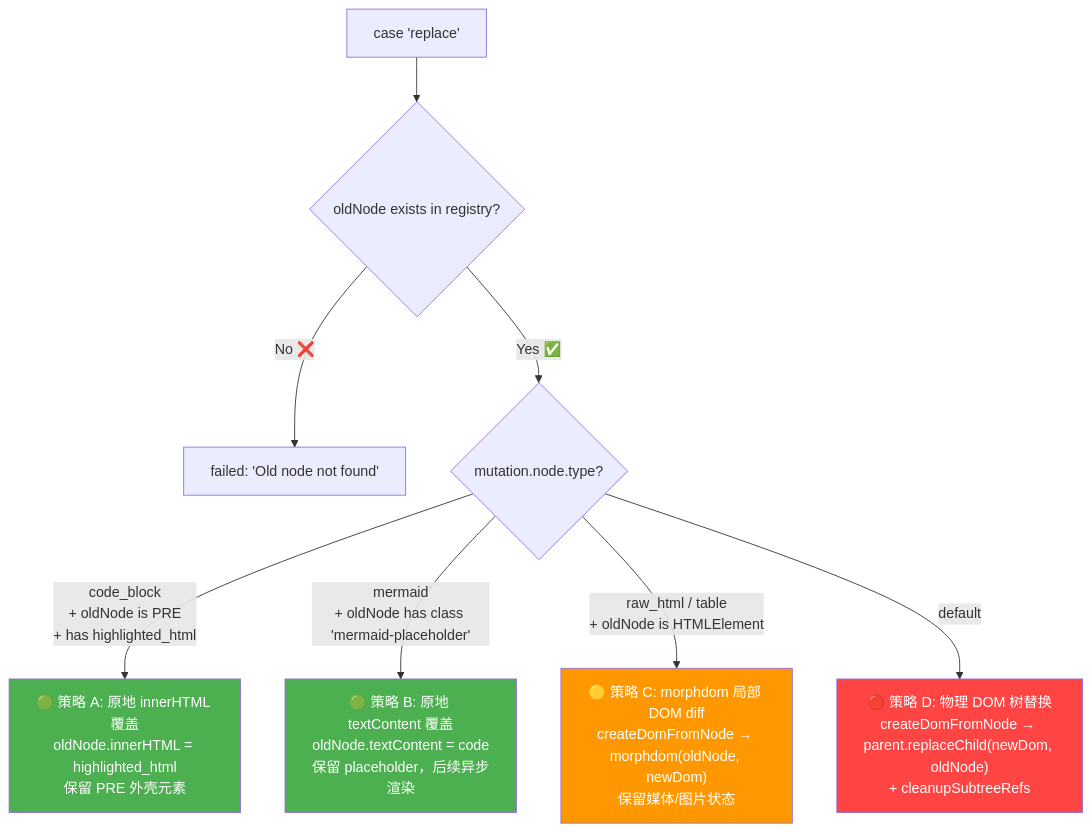
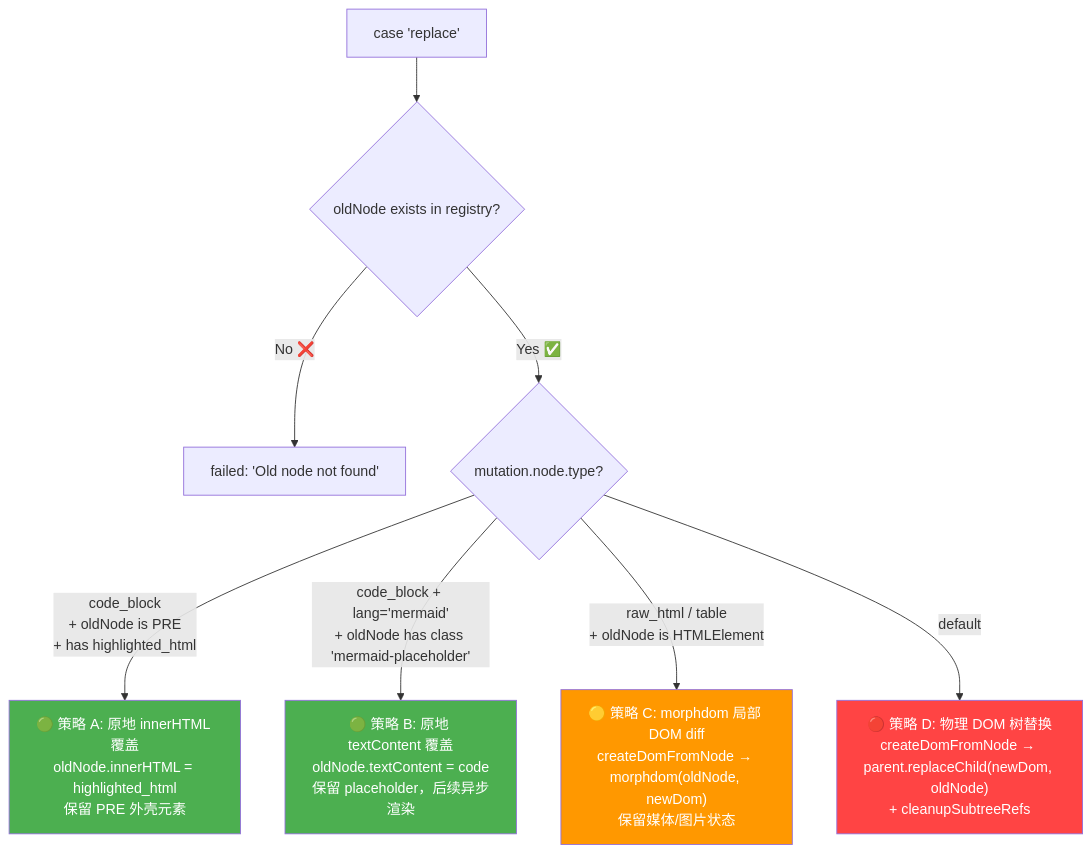
One commit to MRiecy/VCPMobile changed the fourth of 4 diagrams in docs/modules/ast-diff/04_前端AstExecutor_DOM外科引擎.md. Above: the diagram before and after it, drawn with Mermaid. The commit also changed other lines of this file and 18 other files, not shown here.

````diff
--- a/docs/modules/ast-diff/04_前端AstExecutor_DOM外科引擎.md
+++ b/docs/modules/ast-diff/04_前端AstExecutor_DOM外科引擎.md
@@ -291,20 +292,20 @@
 ```mermaid
 flowchart TD
     Replace["case 'replace'"] --> OldCheck{"oldNode exists in registry?"}
     OldCheck -->|"No ❌"| Fail["failed: 'Old node not found'"]
 
     OldCheck -->|"Yes ✅"| TypeCheck{"mutation.node.type?"}
 
     TypeCheck -->|"code_block<br/>+ oldNode is PRE<br/>+ has highlighted_html"| StrategyA["🟢 策略 A: 原地 innerHTML 覆盖<br/>oldNode.innerHTML = highlighted_html<br/>保留 PRE 外壳元素"]
 
-    TypeCheck -->|"mermaid<br/>+ oldNode has class 'mermaid-placeholder'"| StrategyB["🟢 策略 B: 原地 textContent 覆盖<br/>oldNode.textContent = code<br/>保留 placeholder，后续异步渲染"]
+    TypeCheck -->|"code_block + lang='mermaid'<br/>+ oldNode has class 'mermaid-placeholder'"| StrategyB["🟢 策略 B: 原地 textContent 覆盖<br/>oldNode.textContent = code<br/>保留 placeholder，后续异步渲染"]
 
     TypeCheck -->|"raw_html / table<br/>+ oldNode is HTMLElement"| StrategyC["🟡 策略 C: morphdom 局部 DOM diff<br/>createDomFromNode → morphdom(oldNode, newDom)<br/>保留媒体/图片状态"]
 
     TypeCheck -->|"default"| StrategyD["🔴 策略 D: 物理 DOM 树替换<br/>createDomFromNode → parent.replaceChild(newDom, oldNode)<br/>+ cleanupSubtreeRefs"]
 
     style StrategyA fill:#4caf50,color:#fff
     style StrategyB fill:#4caf50,color:#fff
     style StrategyC fill:#ff9800,color:#fff
     style StrategyD fill:#ff4444,color:#fff
 ```
````
